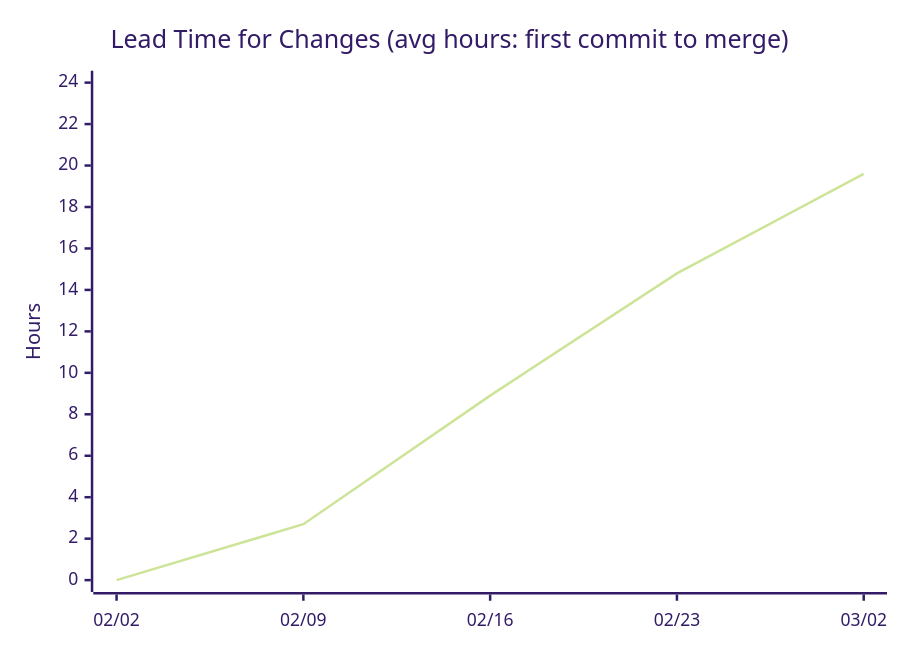
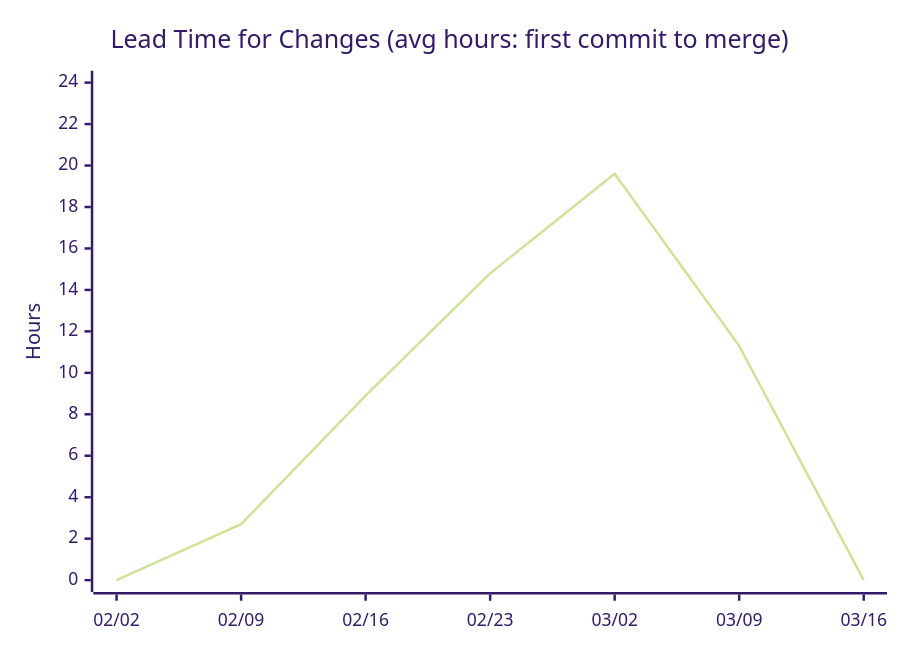
The second of 11 diagrams in docs/metrics.md (nablarch/nabledge-dev), drawn with Mermaid (forest theme) before and after one commit. The commit also changed other lines of this file, not shown here.

````diff
--- a/docs/metrics.md
+++ b/docs/metrics.md
@@ -33,7 +33,7 @@
 ```mermaid
 xychart-beta
   title "Lead Time for Changes (avg hours: first commit to merge)"
-  x-axis ["02/02", "02/09", "02/16", "02/23", "03/02"]
+  x-axis ["02/02", "02/09", "02/16", "02/23", "03/02", "03/09", "03/16"]
   y-axis "Hours" 0 --> 24
-  line [0, 2.7, 8.9, 14.8, 19.6]
+  line [0, 2.7, 8.9, 14.8, 19.6, 11.3, 0]
 ```
````
